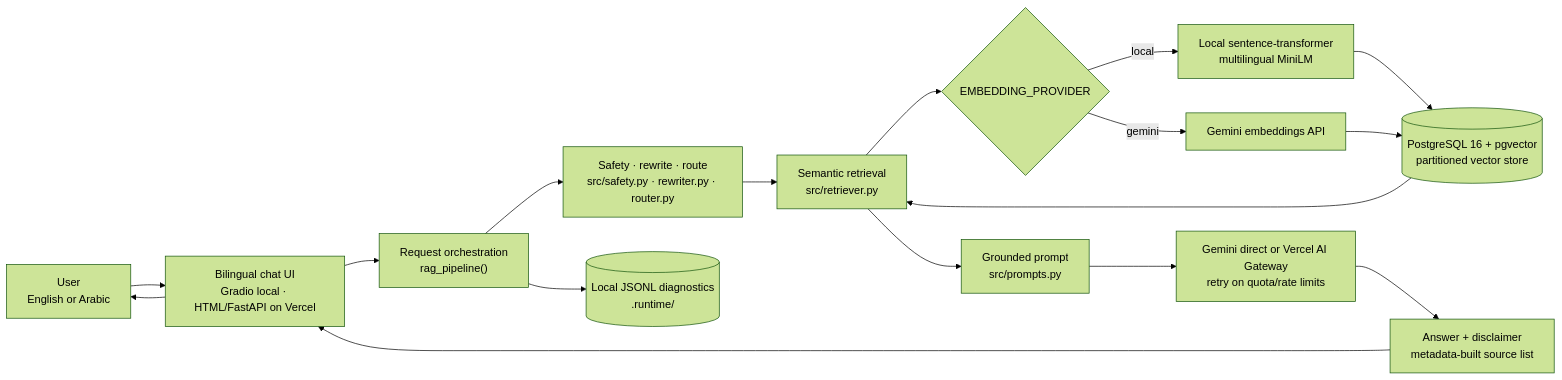
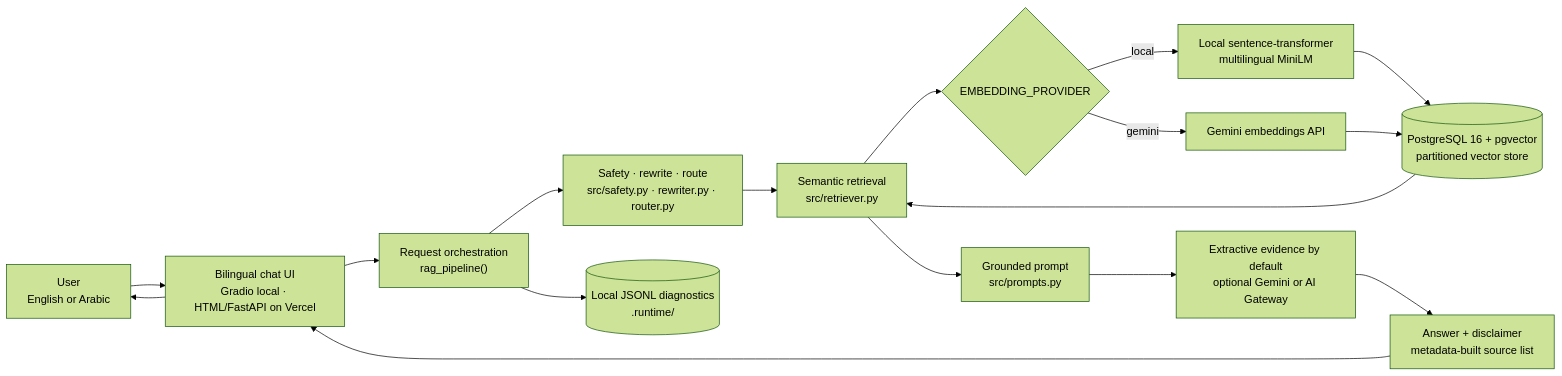
Before and after one commit to ahmedelbamby-aast/Creativa-Hackathon-Clinical-Rag: the first of 5 diagrams in README.md, drawn with Mermaid (forest theme). The commit also changed other lines of this file and 8 other files, not shown here.

Commit message:
feat: add card-free extractive generation

````diff
--- a/README.md
+++ b/README.md
@@ -15,23 +15,23 @@
 ```mermaid
 flowchart LR
     user["User<br/>English or Arabic"]
     ui["Bilingual chat UI<br/>Gradio local · HTML/FastAPI on Vercel"]
     pipeline["Request orchestration<br/>rag_pipeline()"]
     controls["Safety · rewrite · route<br/>src/safety.py · rewriter.py · router.py"]
     retrieval["Semantic retrieval<br/>src/retriever.py"]
     provider{"EMBEDDING_PROVIDER"}
     local["Local sentence-transformer<br/>multilingual MiniLM"]
     online["Gemini embeddings API"]
     vectors[("PostgreSQL 16 + pgvector<br/>partitioned vector store")]
     prompt["Grounded prompt<br/>src/prompts.py"]
-    generation["Gemini direct or Vercel AI Gateway<br/>retry on quota/rate limits"]
+    generation["Extractive evidence by default<br/>optional Gemini or AI Gateway"]
     output["Answer + disclaimer<br/>metadata-built source list"]
     telemetry[("Local JSONL diagnostics<br/>.runtime/")]
 
     user --> ui --> pipeline --> controls --> retrieval
     retrieval --> provider
     provider -->|local| local --> vectors
     provider -->|gemini| online --> vectors
     vectors --> retrieval --> prompt --> generation --> output --> ui --> user
     pipeline --> telemetry
 ```
````
